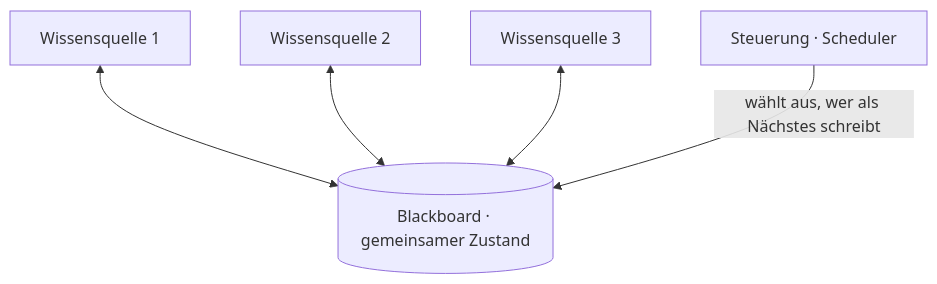
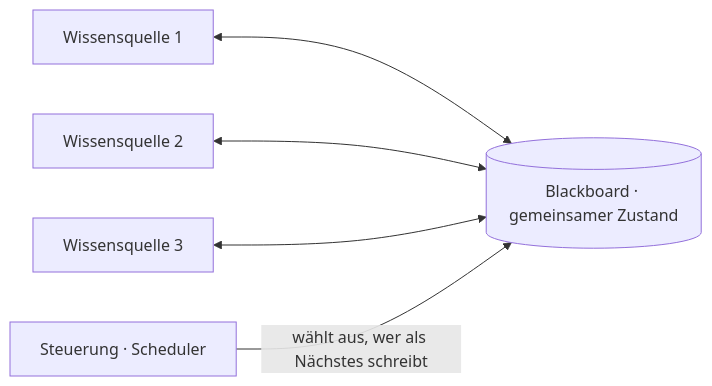
The second of 3 diagrams in i18n/de/docusaurus-plugin-content-docs/current/part-2-agents/multi-agent/deep-dive.md (NikolaiSachok/ai-engineering-handbook), drawn with Mermaid before and after one commit. The commit also changed other lines of this file and 75 other files, not shown here.

First line of the commit message:
fix(diagrams): re-author wide diagrams, and measure the three locales the gate never saw (#441)

````diff
--- a/i18n/de/docusaurus-plugin-content-docs/current/part-2-agents/multi-agent/deep-dive.md
+++ b/i18n/de/docusaurus-plugin-content-docs/current/part-2-agents/multi-agent/deep-dive.md
@@ -52,7 +52,7 @@
 ```mermaid
-flowchart TB
+flowchart LR
     KS1["Wissensquelle 1"] <--> BB[("Blackboard · gemeinsamer Zustand")]
     KS2["Wissensquelle 2"] <--> BB
     KS3["Wissensquelle 3"] <--> BB
     Ctrl["Steuerung · Scheduler"] -->|"wählt aus, wer als Nächstes schreibt"| BB
 ```
````
